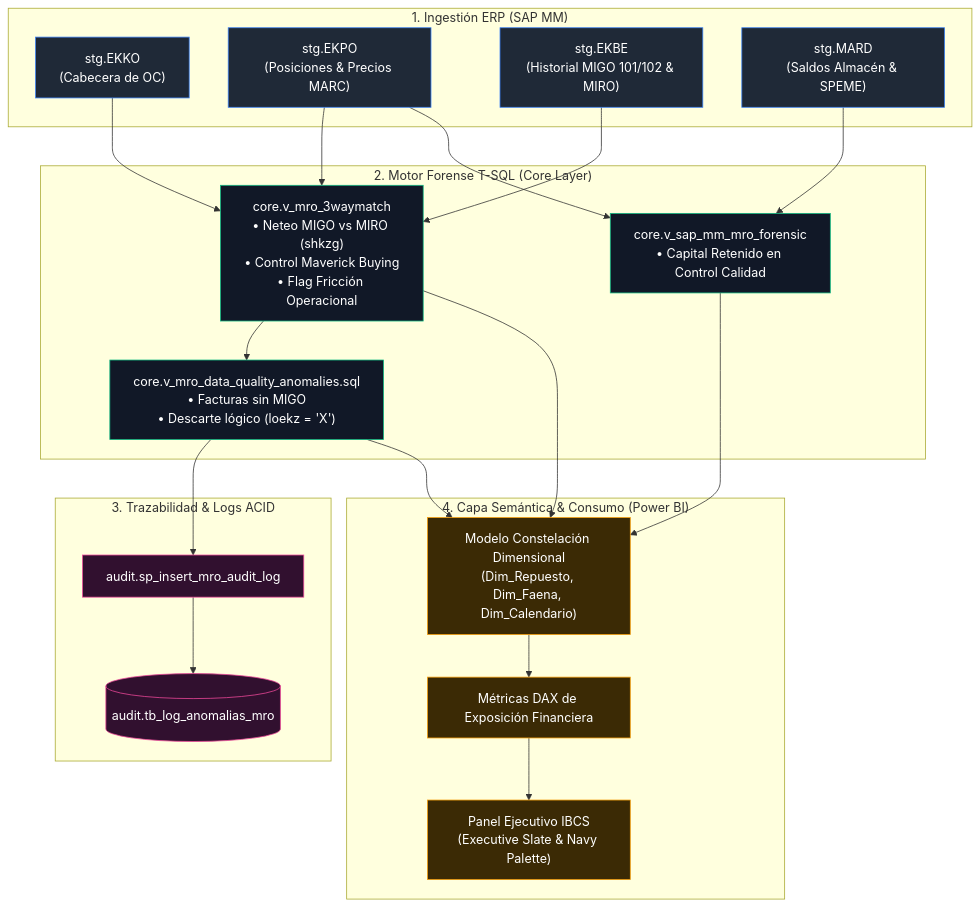
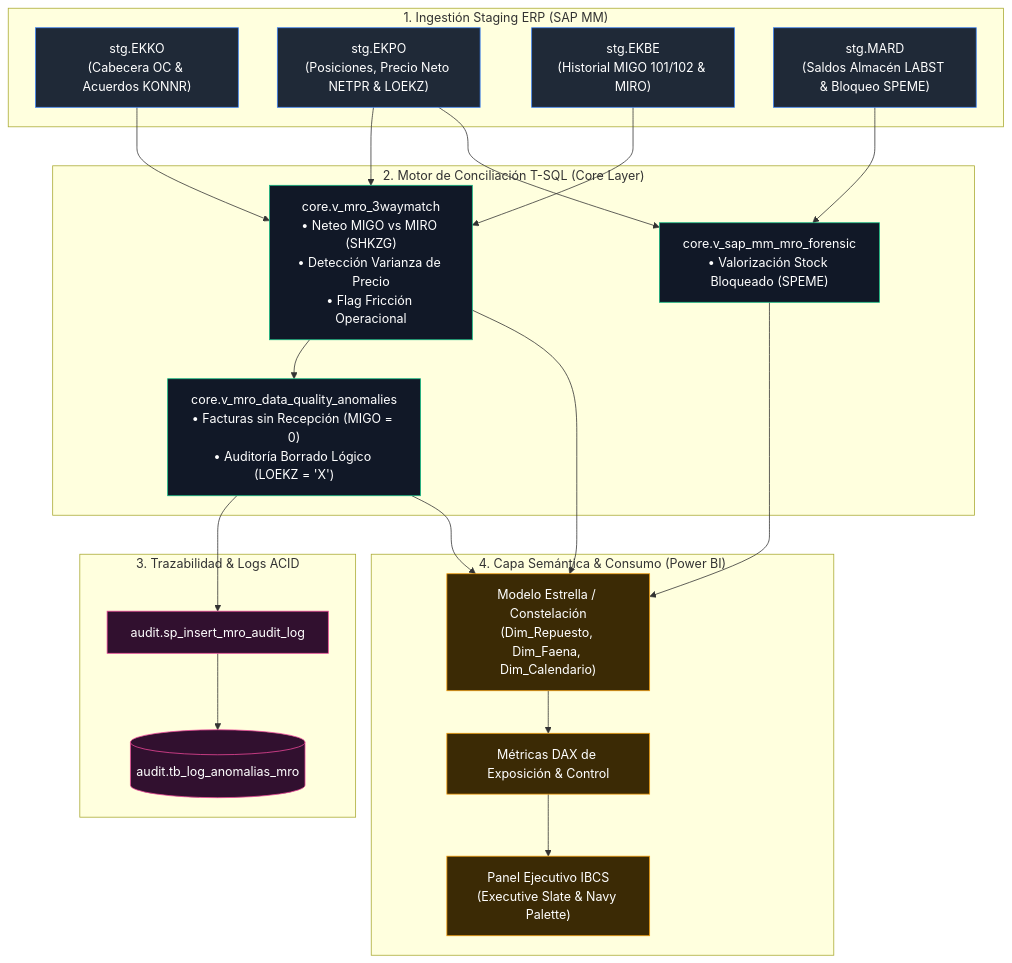
One commit to ObedFermin/MiningMRO_Engine changed the diagram in README.MD. Above: the diagram before and after it, drawn with Mermaid. The commit also changed other lines of this file, not shown here.

````diff
--- a/README.MD
+++ b/README.MD
@@ -62,50 +66,50 @@
 ```mermaid
 graph TD
-    subgraph SAP_ERP ["1. Ingestión ERP (SAP MM)"]
-        EKKO["stg.EKKO<br/>(Cabecera de OC)"]
-        EKPO["stg.EKPO<br/>(Posiciones & Precios MARC)"]
+    subgraph SAP_ERP ["1. Ingestión Staging ERP (SAP MM)"]
+        EKKO["stg.EKKO<br/>(Cabecera OC & Acuerdos KONNR)"]
+        EKPO["stg.EKPO<br/>(Posiciones, Precio Neto NETPR & LOEKZ)"]
         EKBE["stg.EKBE<br/>(Historial MIGO 101/102 & MIRO)"]
-        MARD["stg.MARD<br/>(Saldos Almacén & SPEME)"]
+        MARD["stg.MARD<br/>(Saldos Almacén LABST & Bloqueo SPEME)"]
     end
 
-    subgraph CORE_SQL ["2. Motor Forense T-SQL (Core Layer)"]
-        V3WAY["core.v_mro_3waymatch<br/>• Neteo MIGO vs MIRO (shkzg)<br/>• Control Maverick Buying<br/>• Flag Fricción Operacional"]
-        VFORENSIC["core.v_sap_mm_mro_forensic<br/>• Capital Retenido en Control Calidad"]
-        VANOMALIES["core.v_mro_data_quality_anomalies.sql<br/>• Facturas sin MIGO<br/>• Descarte lógico (loekz = 'X')"]
+    subgraph CORE_SQL ["2. Motor de Conciliación T-SQL (Core Layer)"]
+        V3WAY["core.v_mro_3waymatch<br/>• Neteo MIGO vs MIRO (SHKZG)<br/>• Detección Varianza de Precio<br/>• Flag Fricción Operacional"]
+        VFORENSIC["core.v_sap_mm_mro_forensic<br/>• Valorización Stock Bloqueado (SPEME)"]
+        VANOMALIES["core.v_mro_data_quality_anomalies<br/>• Facturas sin Recepción (MIGO = 0)<br/>• Auditoría Borrado Lógico (LOEKZ = 'X')"]
     end
 
     subgraph AUDIT_LAYER ["3. Trazabilidad & Logs ACID"]
         PROC["audit.sp_insert_mro_audit_log"]
         TABLE_LOG[("audit.tb_log_anomalias_mro")]
     end
 
     subgraph BI_SEMANTIC ["4. Capa Semántica & Consumo (Power BI)"]
-        MODEL["Modelo Constelación Dimensional<br/>(Dim_Repuesto, Dim_Faena, Dim_Calendario)"]
-        DAX["Métricas DAX de Exposición Financiera"]
+        MODEL["Modelo Estrella / Constelación<br/>(Dim_Repuesto, Dim_Faena, Dim_Calendario)"]
+        DAX["Métricas DAX de Exposición & Control"]
         UI["Panel Ejecutivo IBCS<br/>(Executive Slate & Navy Palette)"]
     end
 
     EKKO --> V3WAY
     EKPO --> V3WAY
     EKBE --> V3WAY
     EKPO --> VFORENSIC
     MARD --> VFORENSIC
     V3WAY --> VANOMALIES
     VANOMALIES --> PROC
     PROC --> TABLE_LOG
 
     V3WAY --> MODEL
     VFORENSIC --> MODEL
     VANOMALIES --> MODEL
     MODEL --> DAX
     DAX --> UI
 
     classDef erp fill:#1f2937,stroke:#3b82f6,stroke-width:1px,color:#fff;
     classDef core fill:#111827,stroke:#10b981,stroke-width:1px,color:#fff;
     classDef audit fill:#31102f,stroke:#ec4899,stroke-width:1px,color:#fff;
     classDef bi fill:#3b2a05,stroke:#f59e0b,stroke-width:1px,color:#fff;
     class EKKO,EKPO,EKBE,MARD erp;
     class V3WAY,VFORENSIC,VANOMALIES core;
     class PROC,TABLE_LOG audit;
     class MODEL,DAX,UI bi;
 ```
````
